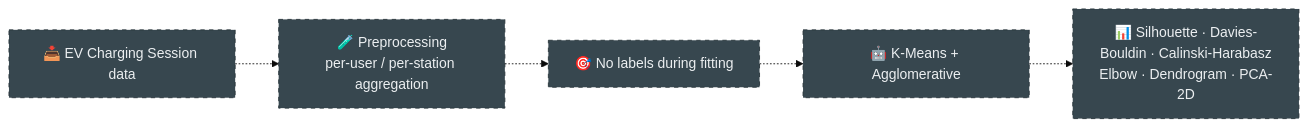
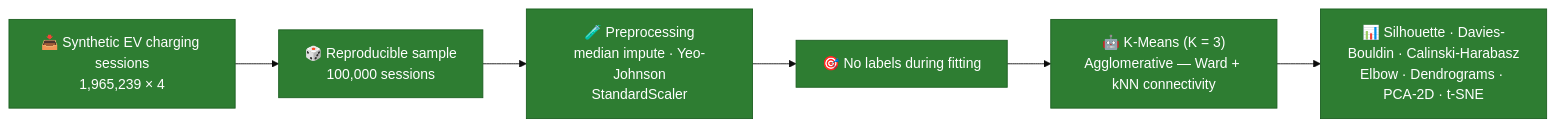
Before and after one commit to Roots26Hz/ChargeIQ: the third of 3 diagrams in README.md, drawn with Mermaid (base theme). The commit also changed other lines of this file and 8 other files, not shown here.

````diff
--- a/README.md
+++ b/README.md
@@ -89,11 +120,12 @@
 ```mermaid
 flowchart LR
-    D3["📥 EV Charging Session data"]
-    P3["🧪 Preprocessing<br/>per-user / per-station aggregation"]
+    D3["📥 Synthetic EV charging sessions<br/>1,965,239 × 4"]
+    S3["🎲 Reproducible sample<br/>100,000 sessions"]
+    P3["🧪 Preprocessing<br/>median impute · Yeo-Johnson<br/>StandardScaler"]
     T3["🎯 No labels during fitting"]
-    A3["🤖 K-Means + Agglomerative"]
-    E3["📊 Silhouette · Davies-Bouldin · Calinski-Harabasz<br/>Elbow · Dendrogram · PCA-2D"]
-    D3 -.-> P3 -.-> T3 -.-> A3 -.-> E3
-    classDef todo fill:#37474F,stroke:#263238,color:#ECEFF1,stroke-dasharray: 5 5
-    class D3,P3,T3,A3,E3 todo
+    A3["🤖 K-Means (K = 3)<br/>Agglomerative — Ward + kNN connectivity"]
+    E3["📊 Silhouette · Davies-Bouldin · Calinski-Harabasz<br/>Elbow · Dendrograms · PCA-2D · t-SNE"]
+    D3 --> S3 --> P3 --> T3 --> A3 --> E3
+    classDef done fill:#2E7D32,stroke:#1B5E20,color:#fff
+    class D3,S3,P3,T3,A3,E3 done
 ```
````
